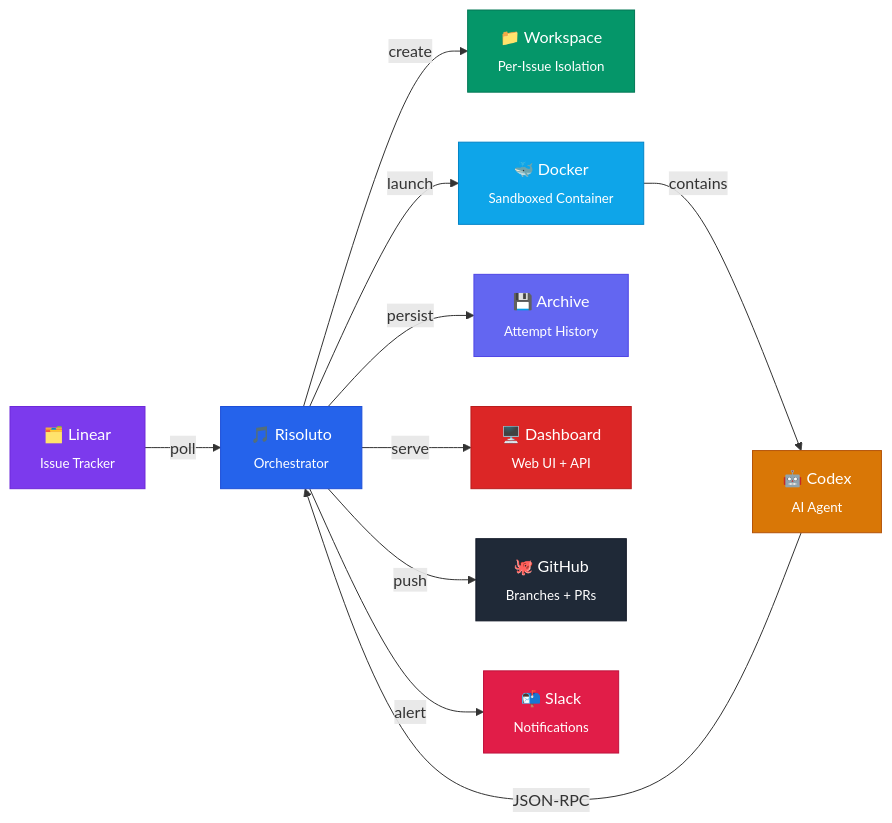
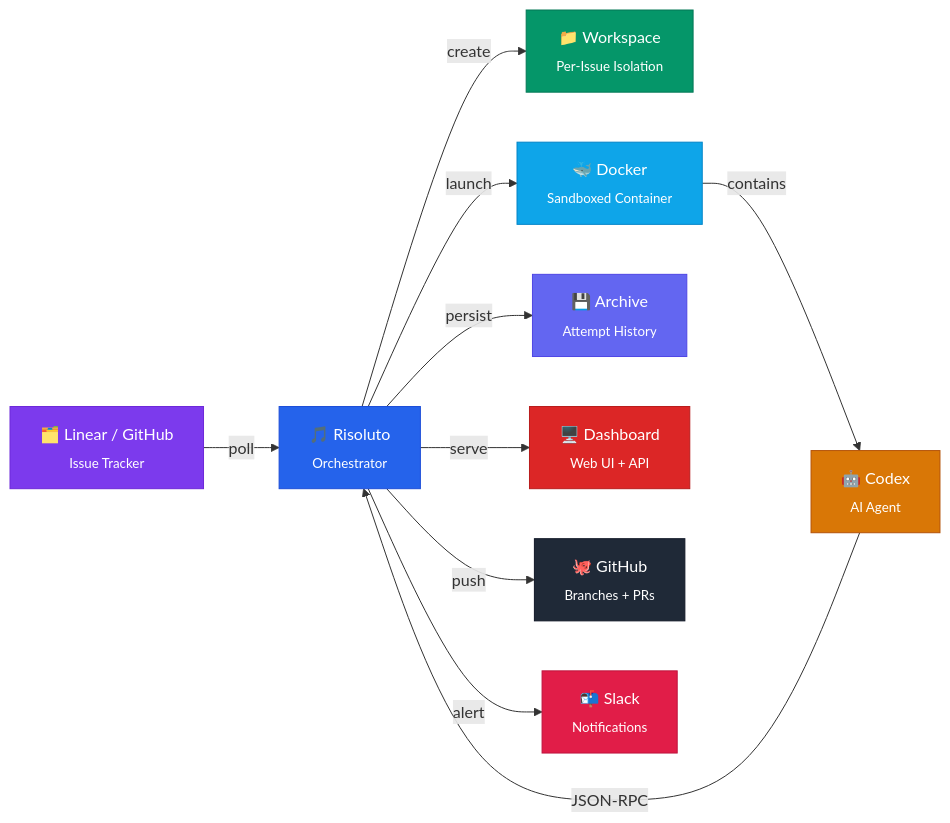
Before and after one commit to OmerFarukOruc/risoluto: the first of 3 diagrams in README.md, drawn with Mermaid. The commit also changed other lines of this file and 15 other files, not shown here.

````diff
--- a/README.md
+++ b/README.md
@@ -55,22 +56,22 @@
 ```mermaid
 flowchart LR
-    A["🗂️ Linear<br/><sub>Issue Tracker</sub>"] -->|"poll"| B["🎵 Risoluto<br/><sub>Orchestrator</sub>"]
+    A["🗂️ Linear / GitHub<br/><sub>Issue Tracker</sub>"] -->|"poll"| B["🎵 Risoluto<br/><sub>Orchestrator</sub>"]
     B -->|"create"| C["📁 Workspace<br/><sub>Per-Issue Isolation</sub>"]
     B -->|"launch"| D["🐳 Docker<br/><sub>Sandboxed Container</sub>"]
     D -->|"contains"| E["🤖 Codex<br/><sub>AI Agent</sub>"]
     E -->|"JSON-RPC"| B
     B -->|"persist"| F["💾 Archive<br/><sub>Attempt History</sub>"]
     B -->|"serve"| G["🖥️ Dashboard<br/><sub>Web UI + API</sub>"]
     B -->|"push"| H["🐙 GitHub<br/><sub>Branches + PRs</sub>"]
     B -->|"alert"| I["📬 Slack<br/><sub>Notifications</sub>"]
 
     style A fill:#7c3aed,stroke:#6d28d9,color:#fff
     style B fill:#2563eb,stroke:#1d4ed8,color:#fff
     style C fill:#059669,stroke:#047857,color:#fff
     style D fill:#0ea5e9,stroke:#0284c7,color:#fff
     style E fill:#d97706,stroke:#b45309,color:#fff
     style F fill:#6366f1,stroke:#4f46e5,color:#fff
     style G fill:#dc2626,stroke:#b91c1c,color:#fff
     style H fill:#1f2937,stroke:#111827,color:#fff
     style I fill:#e11d48,stroke:#be123c,color:#fff
 ```
````
